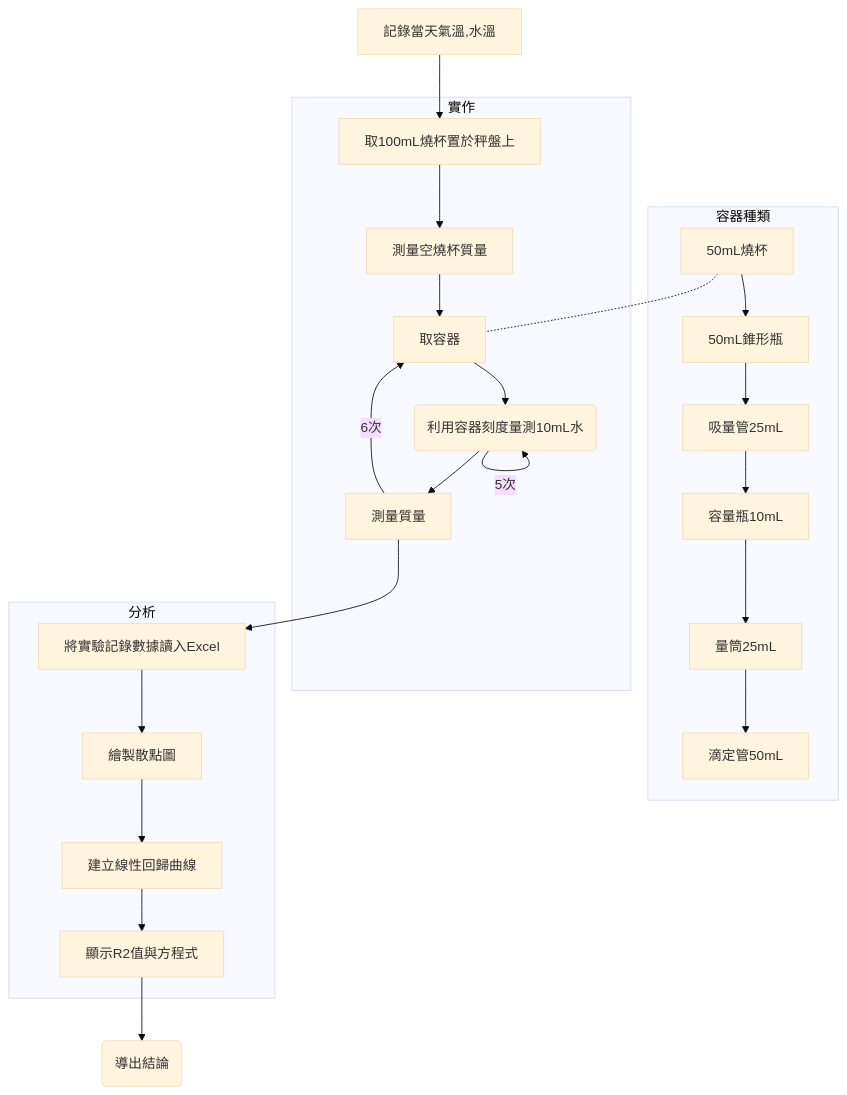
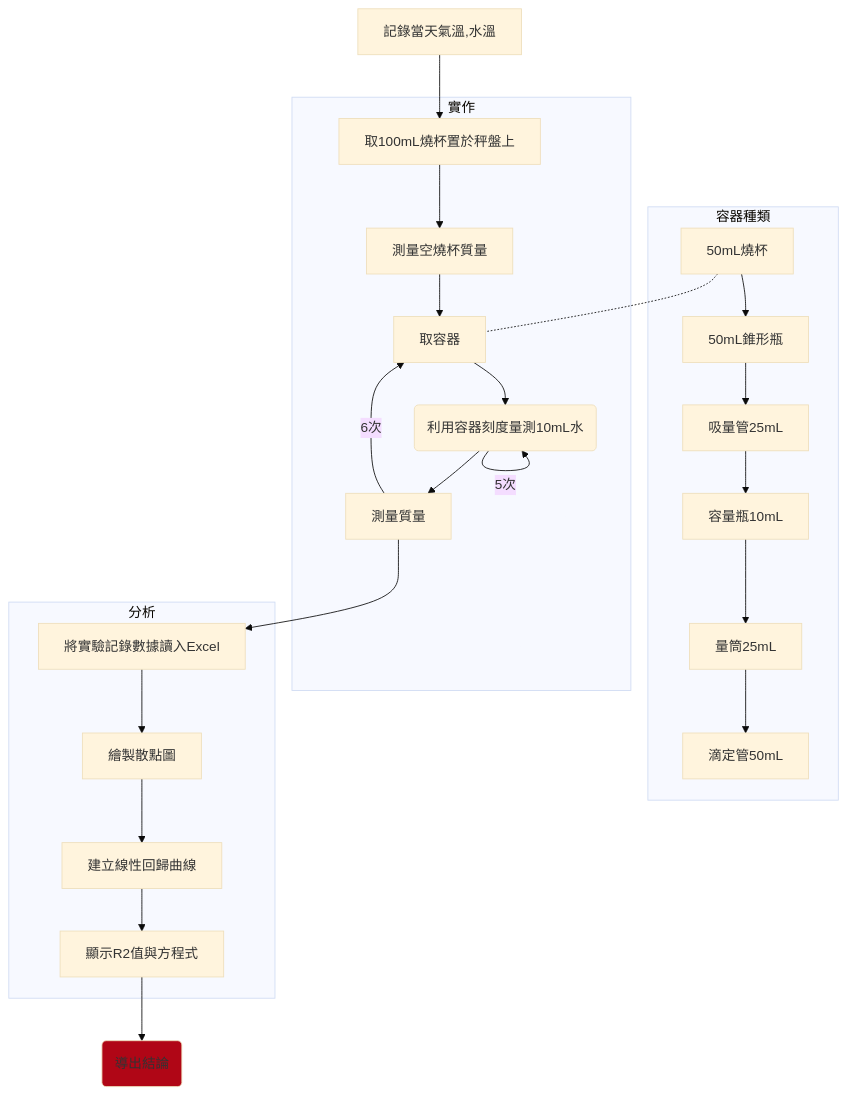
The diagram in Zettelkasten/Untitled.md (Ethane1755/Obsidian), drawn with Mermaid (base theme) before and after one commit. The commit also changed 1 other file, not shown here.

Commit message:
Obsidian Backup 2021-09-15 21:52

````diff
--- a/Zettelkasten/Untitled.md
+++ b/Zettelkasten/Untitled.md
@@ -2,20 +2,20 @@
 ```mermaid
 graph TD
 記錄當天氣溫,水溫-->取100mL燒杯置於秤盤上
 subgraph 容器種類
 50mL燒杯-->50mL錐形瓶-->吸量管25mL-->容量瓶10mL-->量筒25mL-->滴定管50mL
 end
 subgraph 實作
 取100mL燒杯置於秤盤上-->測量空燒杯質量-->取容器
 取容器-->id1(利用容器刻度量測10mL水)-->測量質量
 id1-->|5次|id1
 50mL燒杯-.-取容器
 測量質量-->|6次|取容器
 end
 測量質量-->將實驗記錄數據讀入Excel
 subgraph 分析
 將實驗記錄數據讀入Excel-->繪製散點圖-->建立線性回歸曲線-->顯示R2值與方程式
 end
 顯示R2值與方程式-->id2(導出結論)
-style id2 fill:#
+style id2 fill:#B00616
 ```
````
